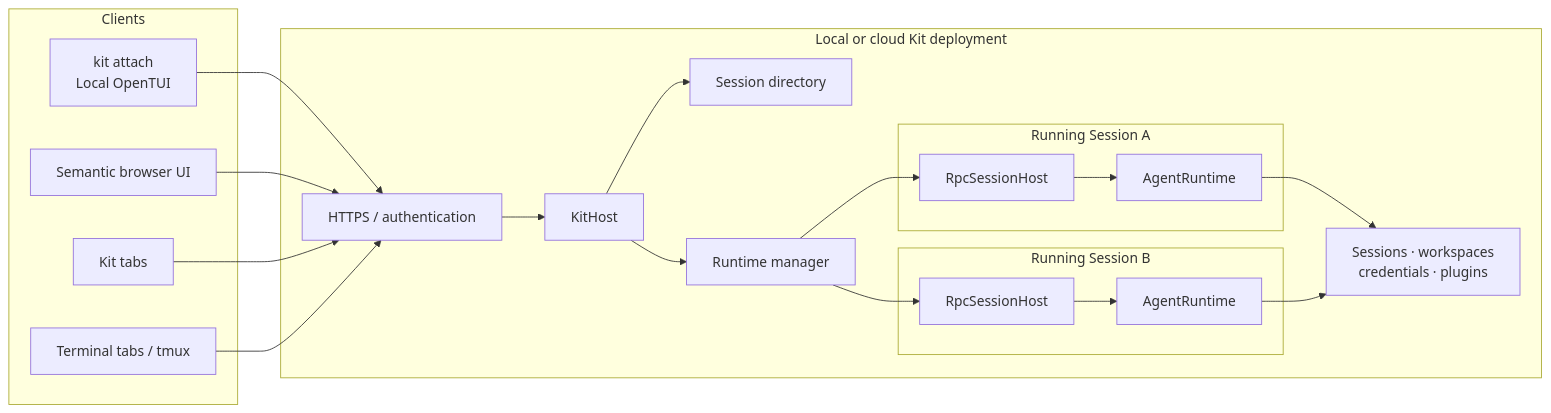
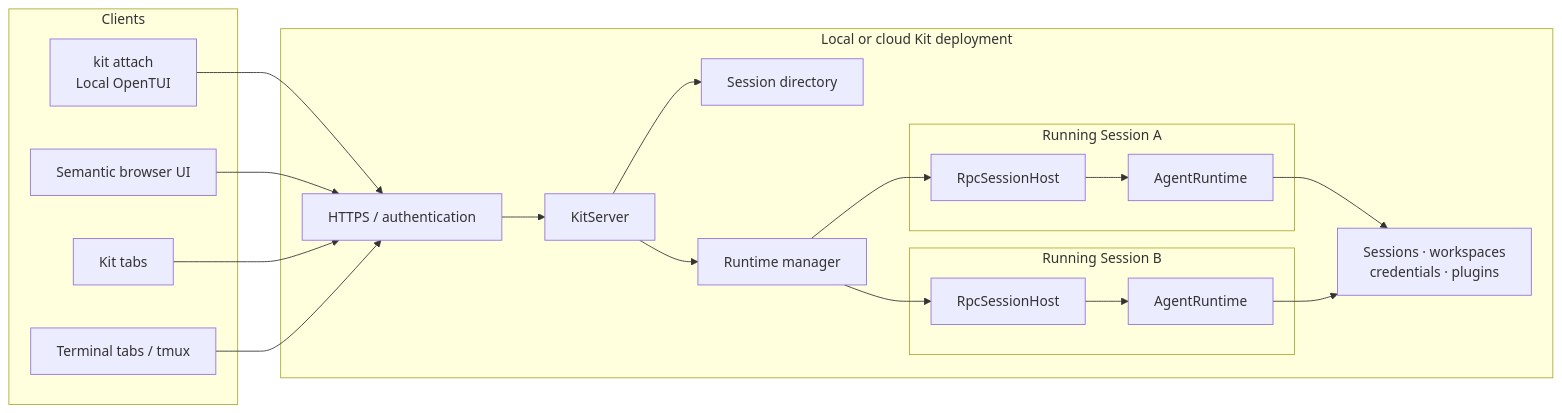
The second of 2 diagrams in app/docs/adrs/0029-session-client-and-repository-boundaries.md (akonwi/kit), drawn with Mermaid before and after one commit. The commit also changed other lines of this file and 10 other files, not shown here.

````diff
--- a/app/docs/adrs/0029-session-client-and-repository-boundaries.md
+++ b/app/docs/adrs/0029-session-client-and-repository-boundaries.md
@@ -110,42 +121,42 @@
 ```mermaid
 flowchart LR
     subgraph Clients
         TUI["kit attach<br/>Local OpenTUI"]
         Browser["Semantic browser UI"]
         Tabs["Kit tabs"]
         External["Terminal tabs / tmux"]
     end
 
     subgraph Deployment["Local or cloud Kit deployment"]
         Gateway["HTTPS / authentication"]
-        Host["KitHost"]
+        Server["KitServer"]
         Directory["Session directory"]
         Manager["Runtime manager"]
 
         subgraph A["Running Session A"]
             RpcA["RpcSessionHost"]
             RuntimeA["AgentRuntime"]
         end
 
         subgraph B["Running Session B"]
             RpcB["RpcSessionHost"]
             RuntimeB["AgentRuntime"]
         end
 
         Storage["Sessions · workspaces<br/>credentials · plugins"]
     end
 
     TUI --> Gateway
     Browser --> Gateway
     Tabs --> Gateway
     External --> Gateway
-    Gateway --> Host
-    Host --> Directory
-    Host --> Manager
+    Gateway --> Server
+    Server --> Directory
+    Server --> Manager
     Manager --> RpcA
     Manager --> RpcB
     RpcA --> RuntimeA
     RpcB --> RuntimeB
     RuntimeA --> Storage
     RuntimeB --> Storage
 ```
````
